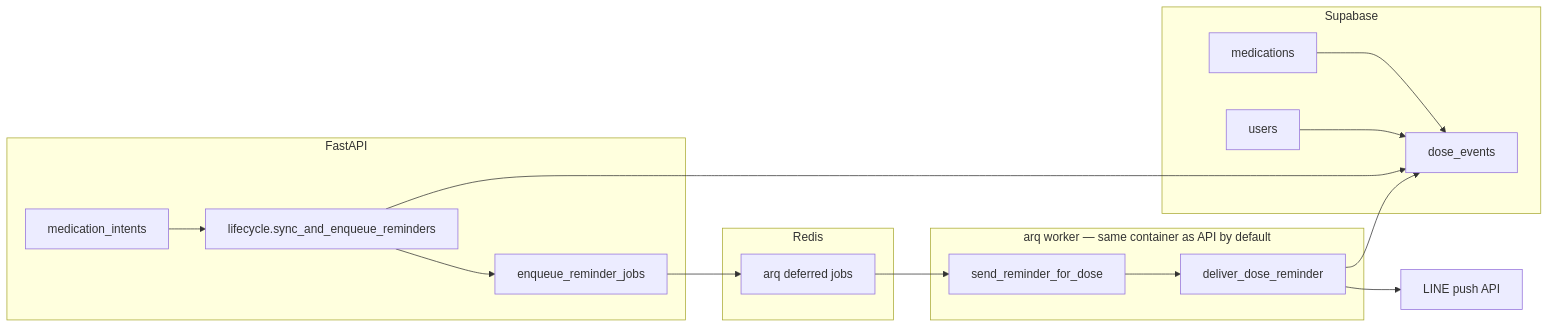
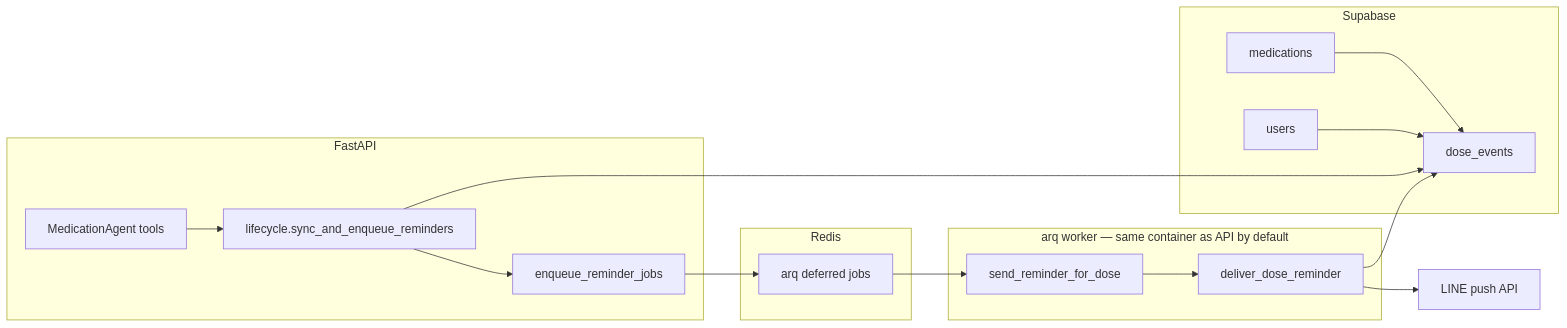
Before and after one commit to israkir/medbuddy: the diagram in docs/reminders.md, drawn with Mermaid. The commit also changed other lines of this file and 23 other files, not shown here.

````diff
--- a/docs/reminders.md
+++ b/docs/reminders.md
@@ -18,31 +18,31 @@
 ```mermaid
 flowchart LR
     subgraph api [FastAPI]
-        MI[medication_intents]
+        MA[MedicationAgent tools]
         LC[lifecycle.sync_and_enqueue_reminders]
         EQ[enqueue_reminder_jobs]
     end
     subgraph data [Supabase]
         M[medications]
         U[users]
         D[dose_events]
     end
     subgraph queue [Redis]
         ARQ[arq deferred jobs]
     end
     subgraph worker [arq worker — same container as API by default]
         W[send_reminder_for_dose]
         DV[deliver_dose_reminder]
     end
     LINE[LINE push API]
-    MI --> LC
+    MA --> LC
     LC --> D
     LC --> EQ
     EQ --> ARQ
     ARQ --> W
     W --> DV
     DV --> D
     DV --> LINE
     M --> D
     U --> D
 ```
````
